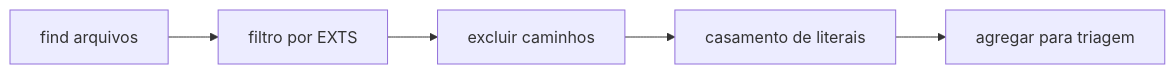
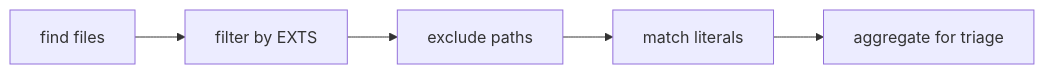
The diagram in docs/hardcoding-map.md (Malnati/eslint-hardcode-detect-plugin), drawn with Mermaid before and after one commit. The commit also changed other lines of this file and 5 other files, not shown here.

Commit message:
docs: translate six guides to US English (architecture, policy, maps, scope, tree, channels)

````diff
--- a/docs/hardcoding-map.md
+++ b/docs/hardcoding-map.md
@@ -16,9 +16,9 @@
 ```mermaid
 flowchart LR
-  findFiles[find arquivos]
-  filterExt[filtro por EXTS]
-  filterExclude[excluir caminhos]
-  grepLiterals[casamento de literais]
-  aggregate[agregar para triagem]
+  findFiles[find files]
+  filterExt[filter by EXTS]
+  filterExclude[exclude paths]
+  grepLiterals[match literals]
+  aggregate[aggregate for triage]
   findFiles --> filterExt --> filterExclude --> grepLiterals --> aggregate
 ```
````
